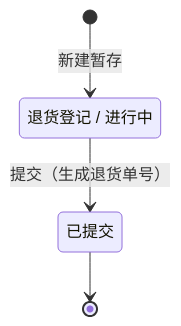
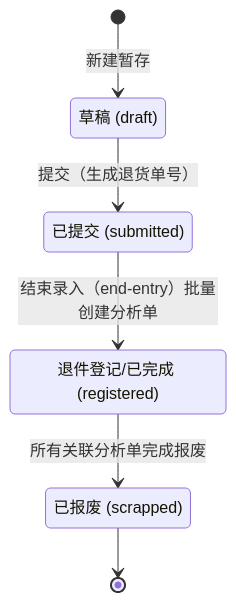
One commit to xvfeiran/wfam-doc changed the third of 16 diagrams in 01-设计文档/开发设计文档.md. Above: the diagram before and after it, drawn with Mermaid. The commit also changed other lines of this file and 1 other file, not shown here.

````diff
--- a/01-设计文档/开发设计文档.md
+++ b/01-设计文档/开发设计文档.md
@@ -363,9 +374,13 @@
 ```mermaid
 stateDiagram-v2
-    state "退货登记 / 进行中" as draft
-    state "已提交" as submitted
+    state "草稿 (draft)" as draft
+    state "已提交 (submitted)" as submitted
+    state "退件登记/已完成 (registered)" as registered
+    state "已报废 (scrapped)" as scrapped
 
     [*] --> draft: 新建暂存
     draft --> submitted: 提交（生成退货单号）
-    submitted --> [*]
+    submitted --> registered: 结束录入（end-entry）批量创建分析单
+    registered --> scrapped: 所有关联分析单完成报废
+    scrapped --> [*]
 ```
````
